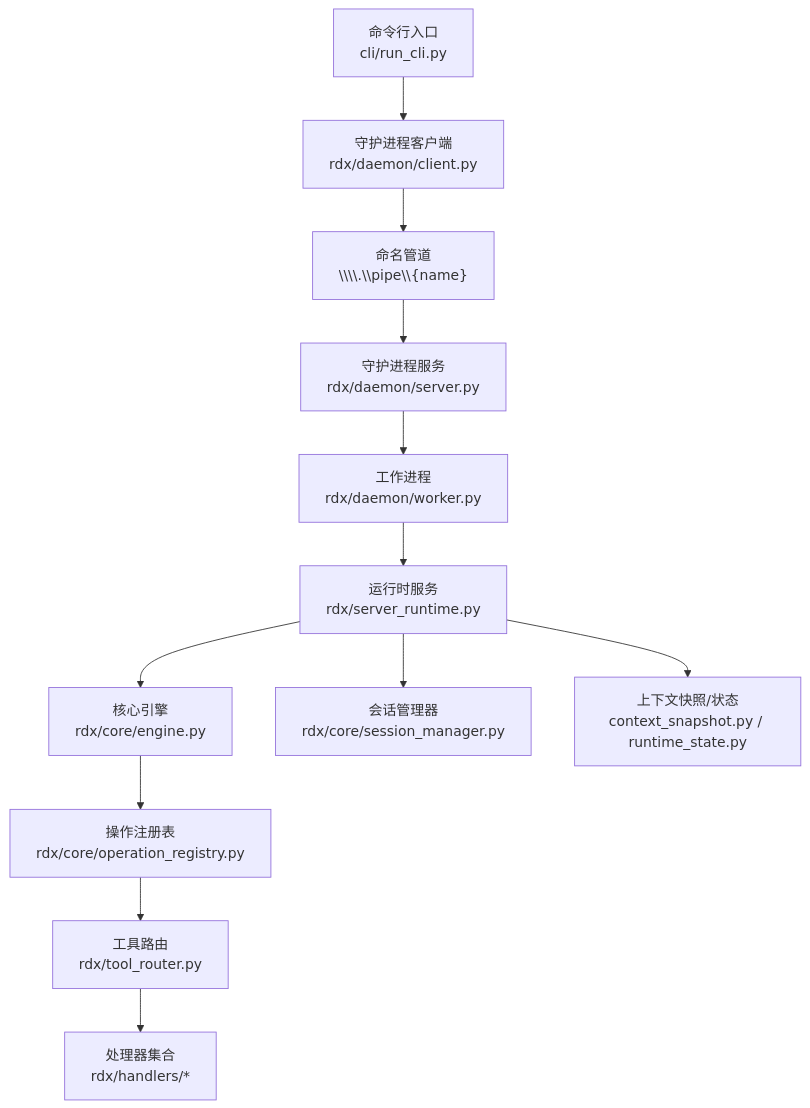
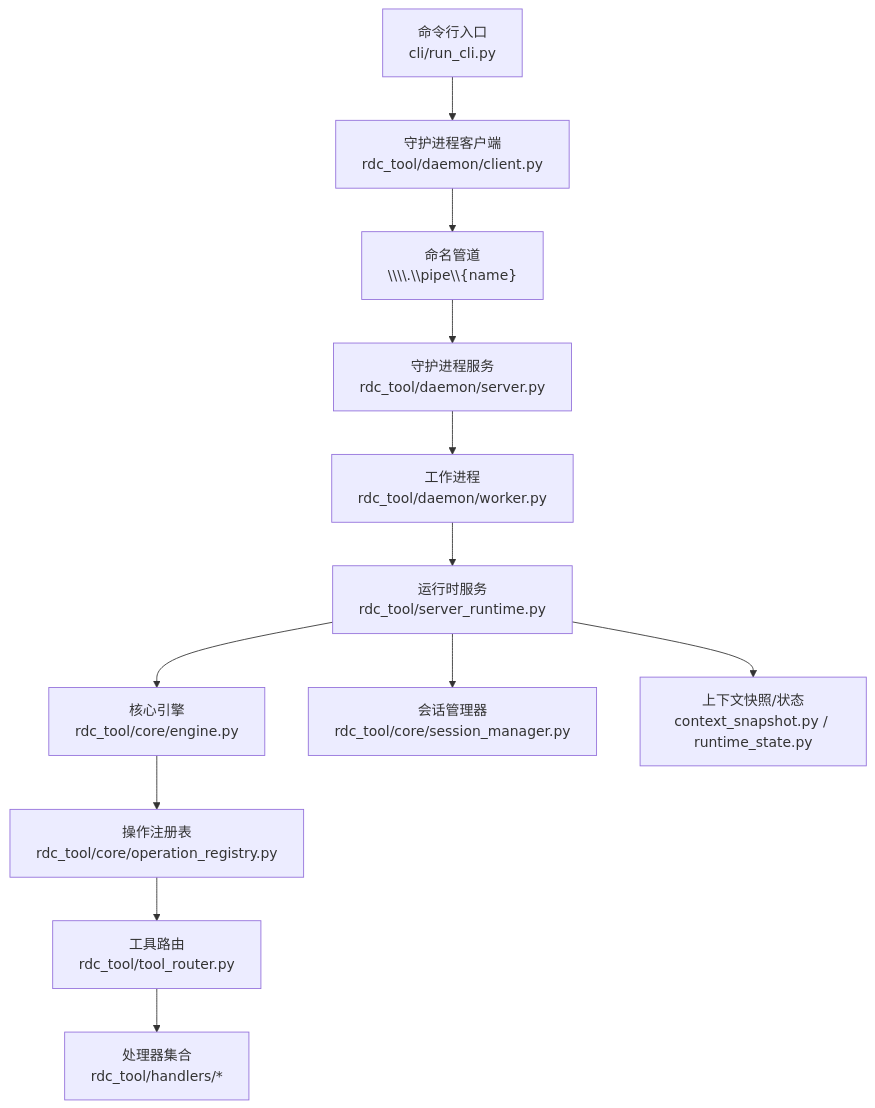
One commit to haolange/RDC-Tool changed the first of 8 diagrams in .qoder/repowiki/zh/content/架构设计/架构设计.md. Above: the diagram before and after it, drawn with Mermaid. The commit also changed other lines of this file and 388 other files, not shown here.

First line of the commit message:
Release RDC-Tool identity and public maintenance surface

````diff
--- a/.qoder/repowiki/zh/content/架构设计/架构设计.md
+++ b/.qoder/repowiki/zh/content/架构设计/架构设计.md
@@ -44,14 +44,14 @@
 ```mermaid
 graph TB
-CLI["命令行入口<br/>cli/run_cli.py"] --> DaemonClient["守护进程客户端<br/>rdx/daemon/client.py"]
+CLI["命令行入口<br/>cli/run_cli.py"] --> DaemonClient["守护进程客户端<br/>rdc_tool/daemon/client.py"]
 DaemonClient --> NamedPipe["命名管道<br/>\\\\.\\pipe\\{name}"]
-NamedPipe --> DaemonServer["守护进程服务<br/>rdx/daemon/server.py"]
-DaemonServer --> WorkerProc["工作进程<br/>rdx/daemon/worker.py"]
-WorkerProc --> Runtime["运行时服务<br/>rdx/server_runtime.py"]
-Runtime --> CoreEngine["核心引擎<br/>rdx/core/engine.py"]
-CoreEngine --> Registry["操作注册表<br/>rdx/core/operation_registry.py"]
-Registry --> ToolRouter["工具路由<br/>rdx/tool_router.py"]
-ToolRouter --> Handlers["处理器集合<br/>rdx/handlers/*"]
-Runtime --> SessionMgr["会话管理器<br/>rdx/core/session_manager.py"]
+NamedPipe --> DaemonServer["守护进程服务<br/>rdc_tool/daemon/server.py"]
+DaemonServer --> WorkerProc["工作进程<br/>rdc_tool/daemon/worker.py"]
+WorkerProc --> Runtime["运行时服务<br/>rdc_tool/server_runtime.py"]
+Runtime --> CoreEngine["核心引擎<br/>rdc_tool/core/engine.py"]
+CoreEngine --> Registry["操作注册表<br/>rdc_tool/core/operation_registry.py"]
+Registry --> ToolRouter["工具路由<br/>rdc_tool/tool_router.py"]
+ToolRouter --> Handlers["处理器集合<br/>rdc_tool/handlers/*"]
+Runtime --> SessionMgr["会话管理器<br/>rdc_tool/core/session_manager.py"]
 Runtime --> SnapState["上下文快照/状态<br/>context_snapshot.py / runtime_state.py"]
 ```
````
